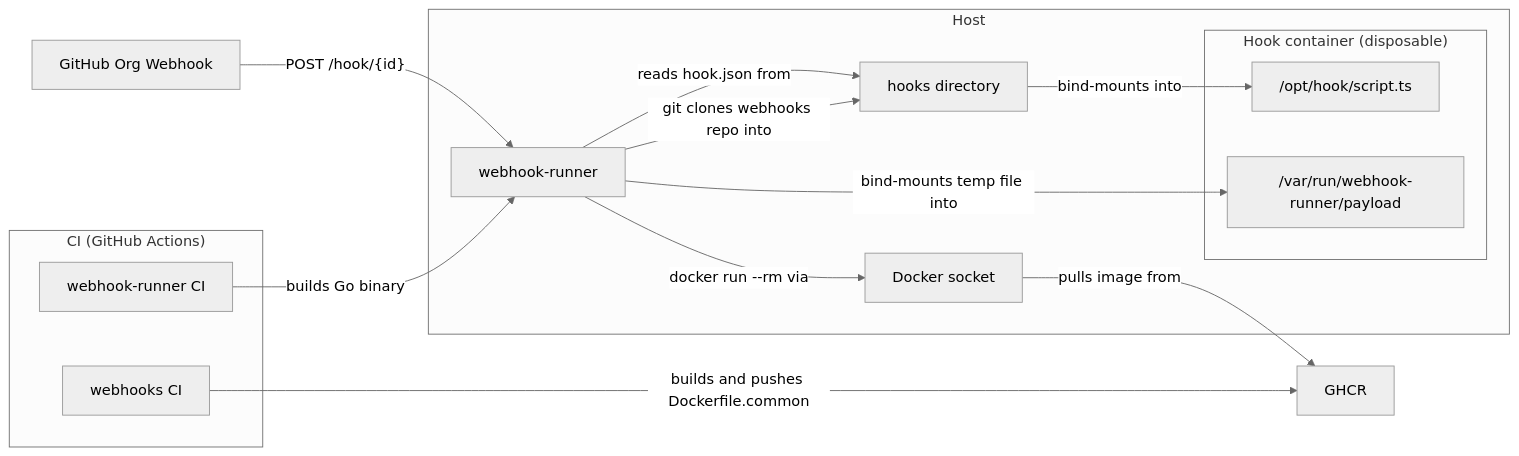
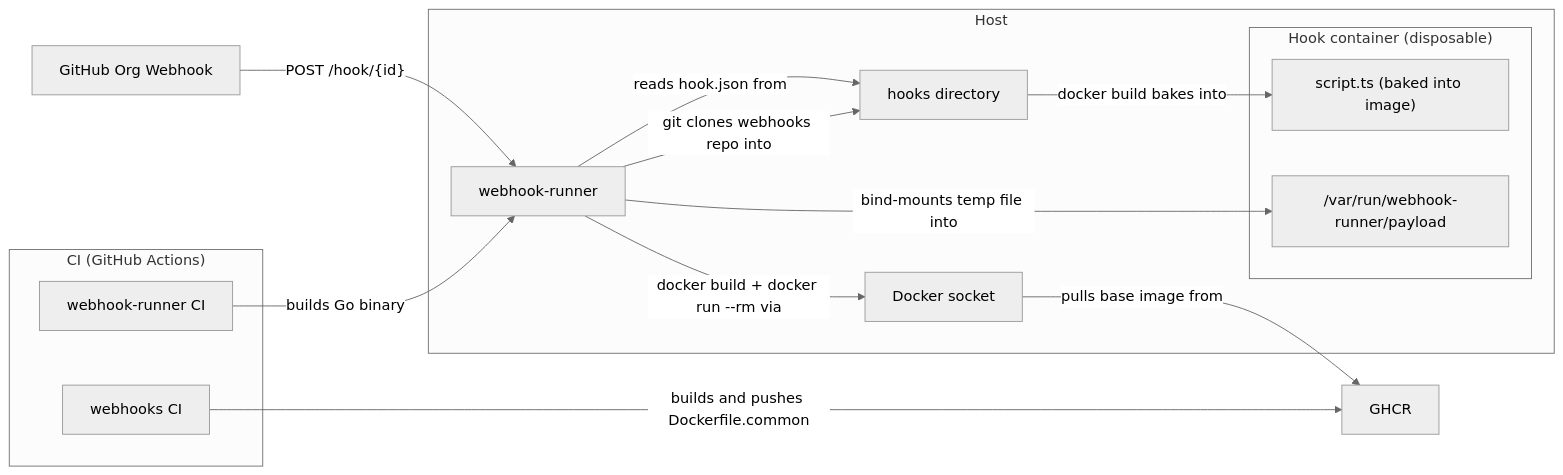
Before and after one commit to wow-look-at-my/webhook-runner: the diagram in README.md, drawn with Mermaid (neutral theme). The commit also changed other lines of this file and 4 other files, not shown here.

First line of the commit message:
Fix merge fallout: restore server Dockerfile, drop stale schema anyOf

````diff
--- a/README.md
+++ b/README.md
@@ -10,34 +10,34 @@
 ```mermaid
 graph LR
     subgraph "CI (GitHub Actions)"
         WR_CI[webhook-runner CI]
         HOOKS_CI[webhooks CI]
     end
 
     GHCR[GHCR]
 
     subgraph Host
         WR[webhook-runner]
         HOOKS[hooks directory]
         SOCK[Docker socket]
 
         subgraph "Hook container (disposable)"
-            SCRIPT["/opt/hook/script.ts"]
+            SCRIPT["script.ts (baked into image)"]
             PAYLOAD["/var/run/webhook-runner/payload"]
         end
     end
 
     GH[GitHub Org Webhook]
 
     WR_CI -->|builds Go binary| WR
     HOOKS_CI -->|builds and pushes Dockerfile.common| GHCR
 
     WR -->|git clones webhooks repo into| HOOKS
     WR -->|reads hook.json from| HOOKS
-    WR -->|docker run --rm via| SOCK
-    SOCK -->|pulls image from| GHCR
-    HOOKS -->|bind-mounts into| SCRIPT
+    WR -->|docker build + docker run --rm via| SOCK
+    SOCK -->|pulls base image from| GHCR
+    HOOKS -->|docker build bakes into| SCRIPT
     WR -->|bind-mounts temp file into| PAYLOAD
 
     GH -->|"POST /hook/{id}"| WR
 ```
````
